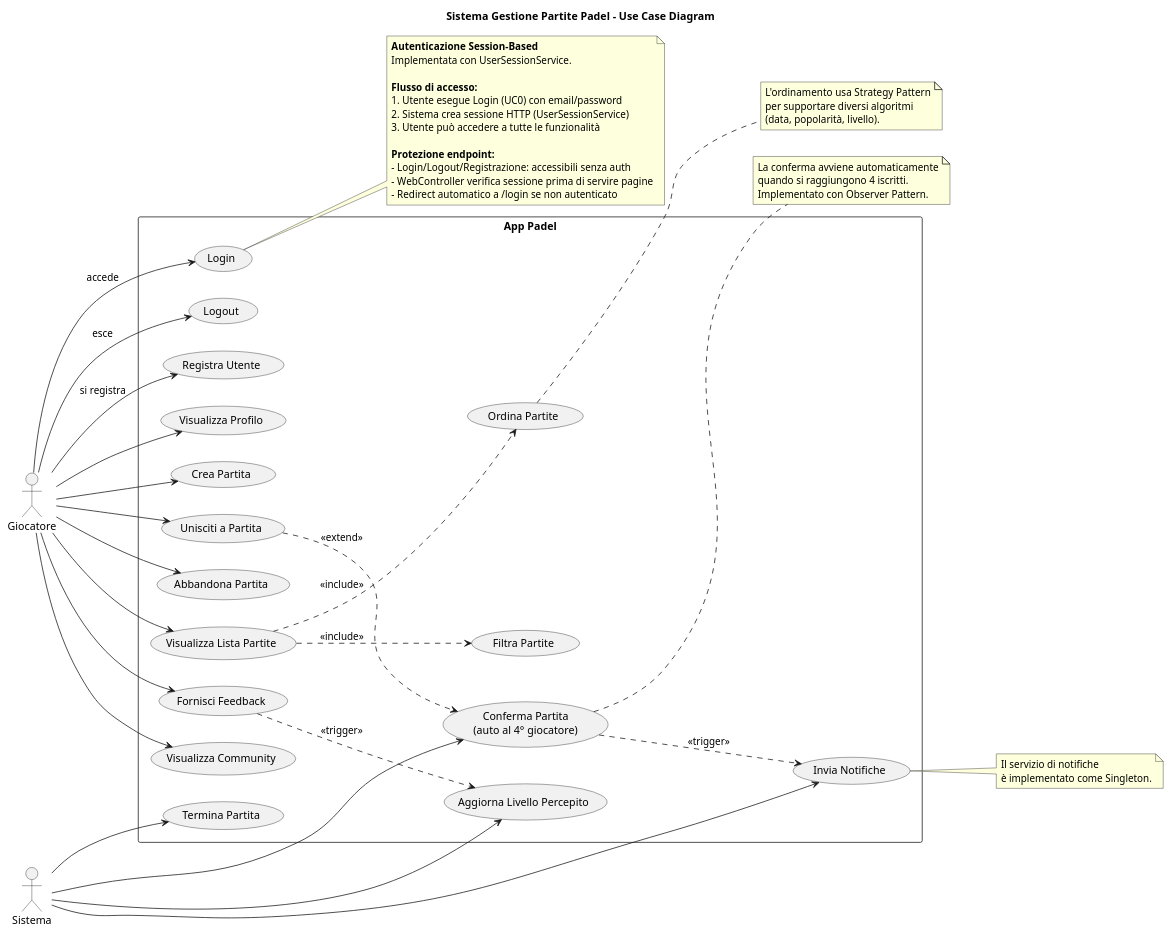
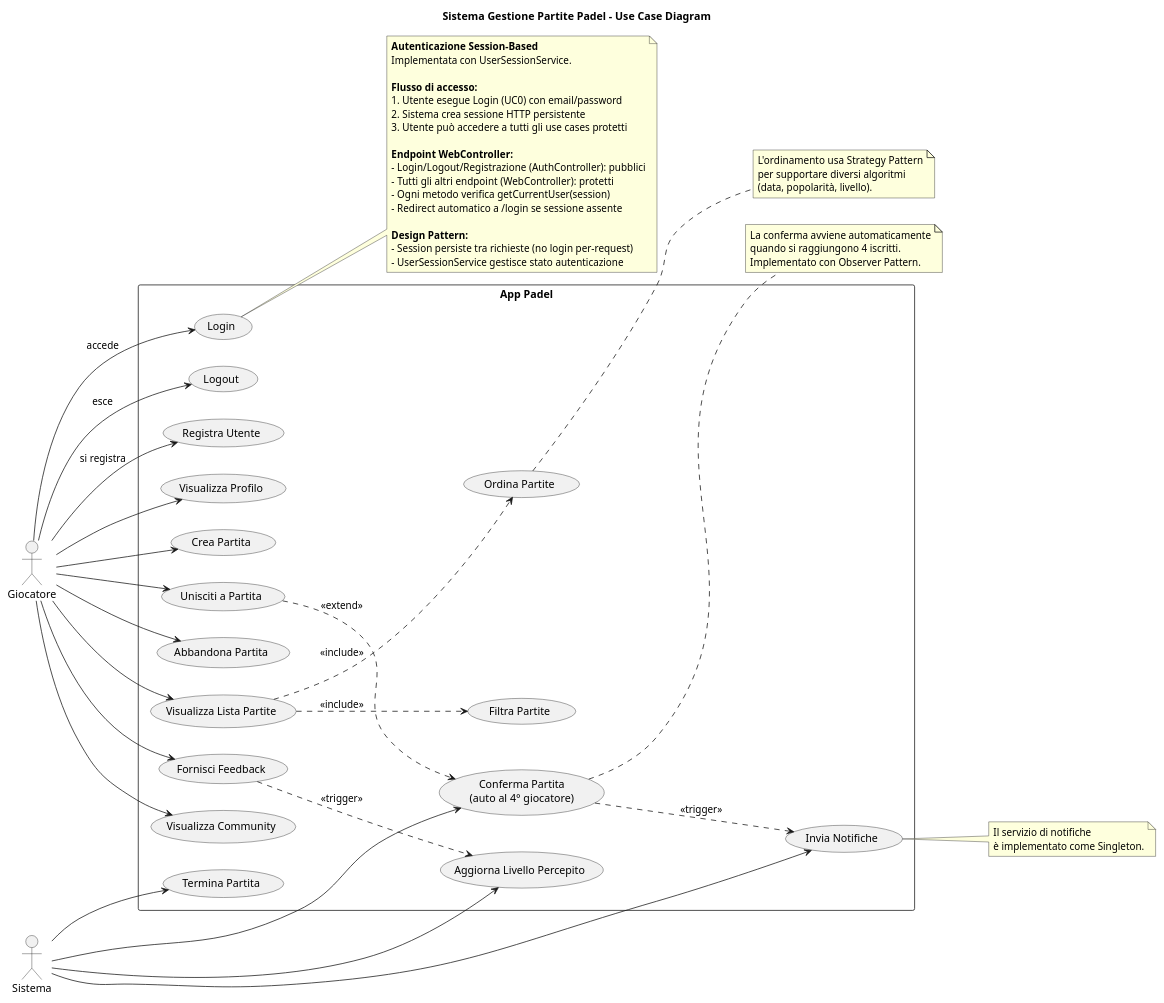
Before and after one commit to deessee0/JavaApp: the diagram in docs/use-case-diagram.puml, drawn with PlantUML. The commit also changed 2 other files, not shown here.

Commit message:
Improve authentication and access control for user sessions
Update use case diagram and documentation to reflect persistent HTTP sessions, public authentication endpoints, and protected controller endpoints.

Replit-Commit-Author: Agent
Replit-Commit-Session-Id: 2fe6e2dd-6cf3-4cb6-b260-5ca30247b177
Replit-Commit-Checkpoint-Type: full_checkpoint
Replit-Commit-Event-Id: aed13d88-b3ad-436a-a6c2-c5c340937cd3
Replit-Commit-Screenshot-Url: https://storage.googleapis.com/screenshot-production-us-central1/f0478088-dac4-4596-9d16-76b8bf3fc71c/2fe6e2dd-6cf3-4cb6-b260-5ca30247b177/E07YRF4

```diff
--- a/docs/use-case-diagram.puml
+++ b/docs/use-case-diagram.puml
@@ -1,99 +1,104 @@
 @startuml Use Case Diagram - App Padel
 
 title Sistema Gestione Partite Padel - Use Case Diagram
 
 left to right direction
 
 actor "Giocatore" as player
 actor "Sistema" as system
 
 rectangle "App Padel" {
   
   ' ========== AUTENTICAZIONE ==========
   usecase "Login" as UC0
   usecase "Logout" as UC15
   usecase "Registra Utente" as UC1
   
   ' ========== GESTIONE UTENTE ==========
   usecase "Visualizza Profilo" as UC2
   
   ' ========== GESTIONE PARTITE ==========
   usecase "Crea Partita" as UC3
   usecase "Unisciti a Partita" as UC4
   usecase "Abbandona Partita" as UC5
   usecase "Visualizza Lista Partite" as UC6
   usecase "Filtra Partite" as UC7
   usecase "Ordina Partite" as UC8
   
   ' ========== FEEDBACK E COMMUNITY ==========
   usecase "Fornisci Feedback" as UC9
   usecase "Visualizza Community" as UC10
   
   ' ========== OPERAZIONI SISTEMA ==========
   usecase "Conferma Partita\n(auto al 4° giocatore)" as UC11
   usecase "Termina Partita" as UC12
   usecase "Invia Notifiche" as UC13
   usecase "Aggiorna Livello Percepito" as UC14
 }
 
 ' ========== RELAZIONI GIOCATORE ==========
 player --> UC0 : accede
 player --> UC15 : esce
 player --> UC1 : si registra
 player --> UC2
 player --> UC3
 player --> UC4
 player --> UC5
 player --> UC6
 player --> UC9
 player --> UC10
 
 ' ========== INCLUSIONI E PRECONDIZIONI ==========
 UC6 ..> UC7 : <<include>>
 UC6 ..> UC8 : <<include>>
 UC4 ..> UC11 : <<extend>>
 
 
 ' ========== RELAZIONI SISTEMA ==========
 system --> UC11
 system --> UC12
 system --> UC13
 system --> UC14
 
 ' ========== DIPENDENZE BUSINESS ==========
 UC9 ..> UC14 : <<trigger>>
 UC11 ..> UC13 : <<trigger>>
 
 note right of UC0
   **Autenticazione Session-Based**
   Implementata con UserSessionService.
   
   **Flusso di accesso:**
   1. Utente esegue Login (UC0) con email/password
-  2. Sistema crea sessione HTTP (UserSessionService)
-  3. Utente può accedere a tutte le funzionalità
+  2. Sistema crea sessione HTTP persistente
+  3. Utente può accedere a tutti gli use cases protetti
   
-  **Protezione endpoint:**
-  - Login/Logout/Registrazione: accessibili senza auth
-  - WebController verifica sessione prima di servire pagine
-  - Redirect automatico a /login se non autenticato
+  **Endpoint WebController:**
+  - Login/Logout/Registrazione (AuthController): pubblici
+  - Tutti gli altri endpoint (WebController): protetti
+  - Ogni metodo verifica getCurrentUser(session)
+  - Redirect automatico a /login se sessione assente
+  
+  **Design Pattern:**
+  - Session persiste tra richieste (no login per-request)
+  - UserSessionService gestisce stato autenticazione
 end note
 
 note right of UC11
   La conferma avviene automaticamente
   quando si raggiungono 4 iscritti.
   Implementato con Observer Pattern.
 end note
 
 note right of UC8
   L'ordinamento usa Strategy Pattern
   per supportare diversi algoritmi
   (data, popolarità, livello).
 end note
 
 note right of UC13
   Il servizio di notifiche
   è implementato come Singleton.
 end note
 
 @enduml
```
